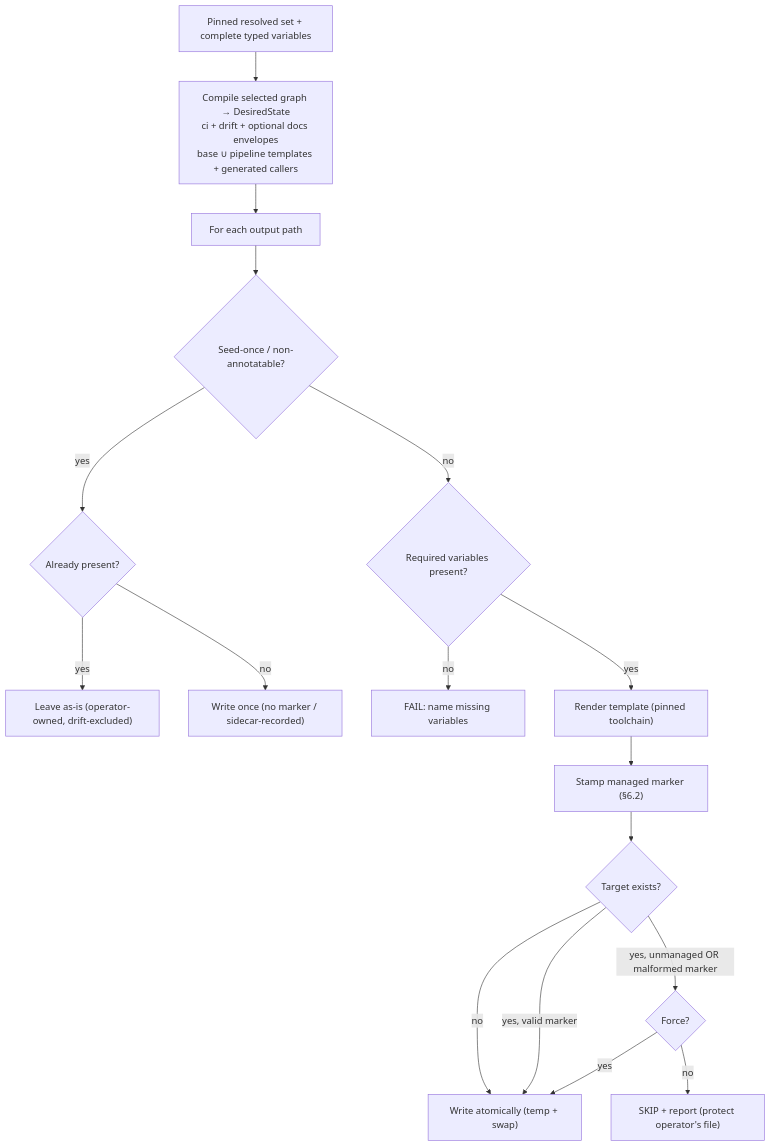
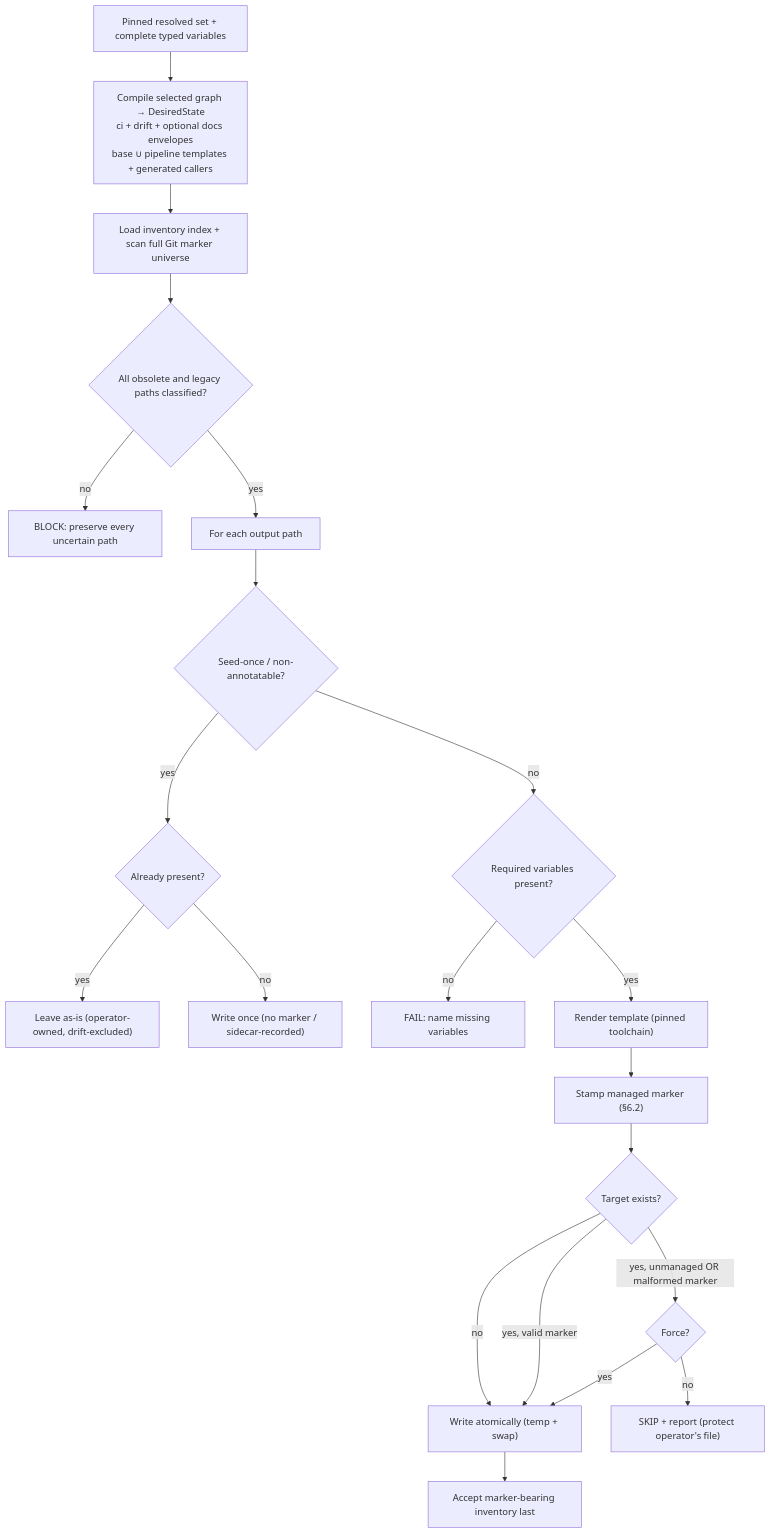
Before and after one commit to amattas/aviato: the diagram in docs/specifications/modules/scaffolding/sync.md, drawn with Mermaid. The commit also changed other lines of this file and 11 other files, not shown here.

Commit message:
feat(core): track marker-derived managed inventory

````diff
--- a/docs/specifications/modules/scaffolding/sync.md
+++ b/docs/specifications/modules/scaffolding/sync.md
@@ -42,19 +56,23 @@
 ```mermaid
 flowchart TD
     A["Pinned resolved set + complete typed variables"] --> B["Compile selected graph → DesiredState<br/>ci + drift + optional docs envelopes<br/>base ∪ pipeline templates + generated callers"]
-    B --> C["For each output path"]
+    B --> U["Load inventory index + scan full Git marker universe"]
+    U --> R{"All obsolete and legacy paths classified?"}
+    R -- no --> Block["BLOCK: preserve every uncertain path"]
+    R -- yes --> C["For each output path"]
     C --> S0{"Seed-once / non-annotatable?"}
     S0 -- yes --> S1{"Already present?"}
     S1 -- yes --> Skip2["Leave as-is (operator-owned, drift-excluded)"]
     S1 -- no --> Seed["Write once (no marker / sidecar-recorded)"]
     S0 -- no --> D{"Required variables present?"}
     D -- no --> Dfail["FAIL: name missing variables"]
     D -- yes --> E["Render template (pinned toolchain)"]
     E --> F["Stamp managed marker (§6.2)"]
     F --> G{"Target exists?"}
     G -- "no" --> W["Write atomically (temp + swap)"]
     G -- "yes, valid marker" --> W
     G -- "yes, unmanaged OR malformed marker" --> Sforce{"Force?"}
     Sforce -- no --> Skip["SKIP + report (protect operator's file)"]
     Sforce -- yes --> W
+    W --> I["Accept marker-bearing inventory last"]
 ```
````
